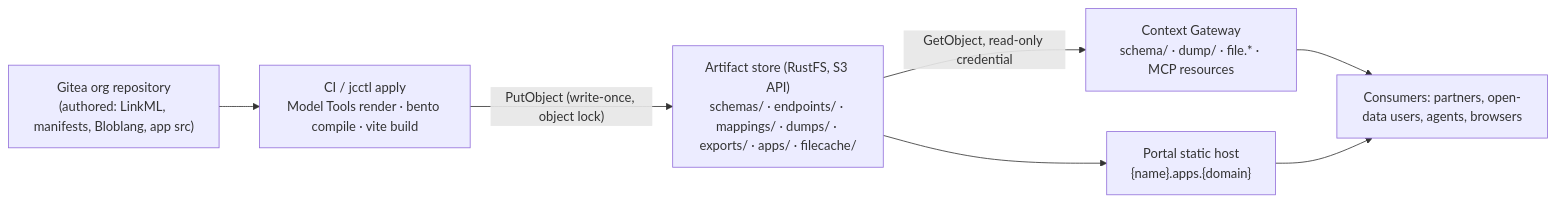
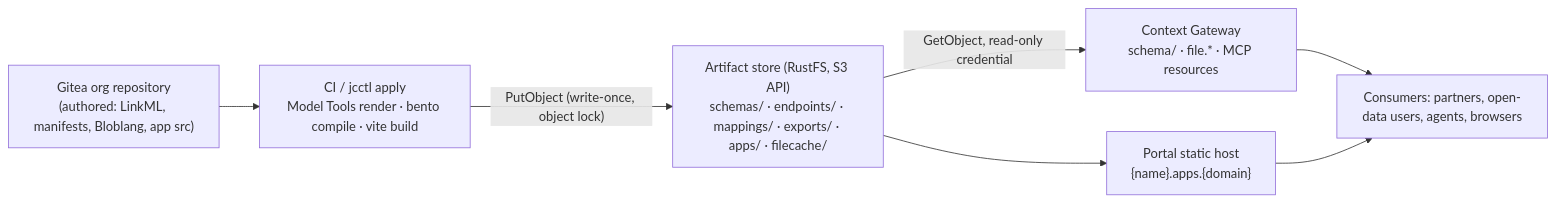
One commit to marek-mraz-jc/joinedcontext-docs changed the diagram in Architecture/17-artifact-store.md. Above: the diagram before and after it, drawn with Mermaid. The commit also changed other lines of this file and 4 other files, not shown here.

````diff
--- a/Architecture/17-artifact-store.md
+++ b/Architecture/17-artifact-store.md
@@ -10,12 +10,12 @@
 ```mermaid
 flowchart LR
     GIT["Gitea org repository<br/>(authored: LinkML, manifests, Bloblang, app src)"]
     CI["CI / jcctl apply<br/>Model Tools render · bento compile · vite build"]
-    S3["Artifact store (RustFS, S3 API)<br/>schemas/ · endpoints/ · mappings/ · dumps/ · exports/ · apps/ · filecache/"]
-    GW["Context Gateway<br/>schema/ · dump/ · file.* · MCP resources"]
+    S3["Artifact store (RustFS, S3 API)<br/>schemas/ · endpoints/ · mappings/ · exports/ · apps/ · filecache/"]
+    GW["Context Gateway<br/>schema/ · file.* · MCP resources"]
     PORTAL["Portal static host<br/>{name}.apps.{domain}"]
     C["Consumers: partners, open-data users, agents, browsers"]
     GIT --> CI -->|"PutObject (write-once, object lock)"| S3
     S3 -->|"GetObject, read-only credential"| GW --> C
     S3 --> PORTAL --> C
 ```
````
